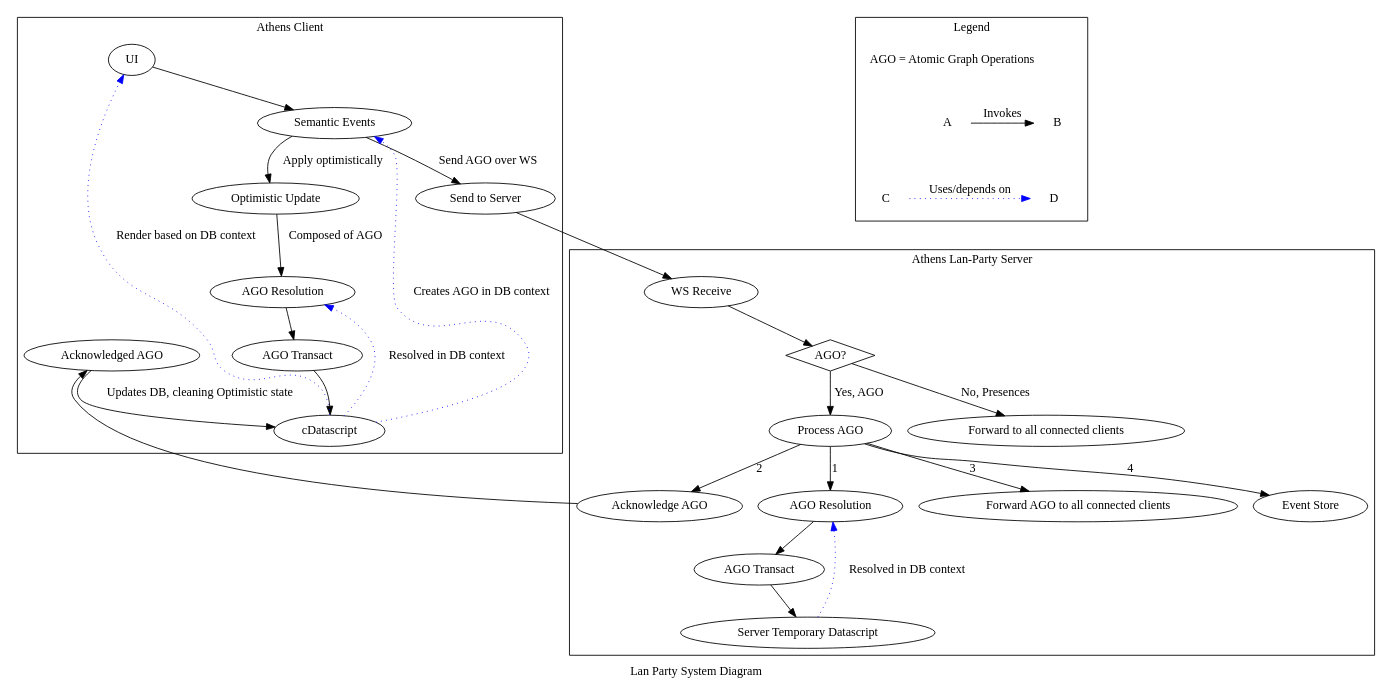
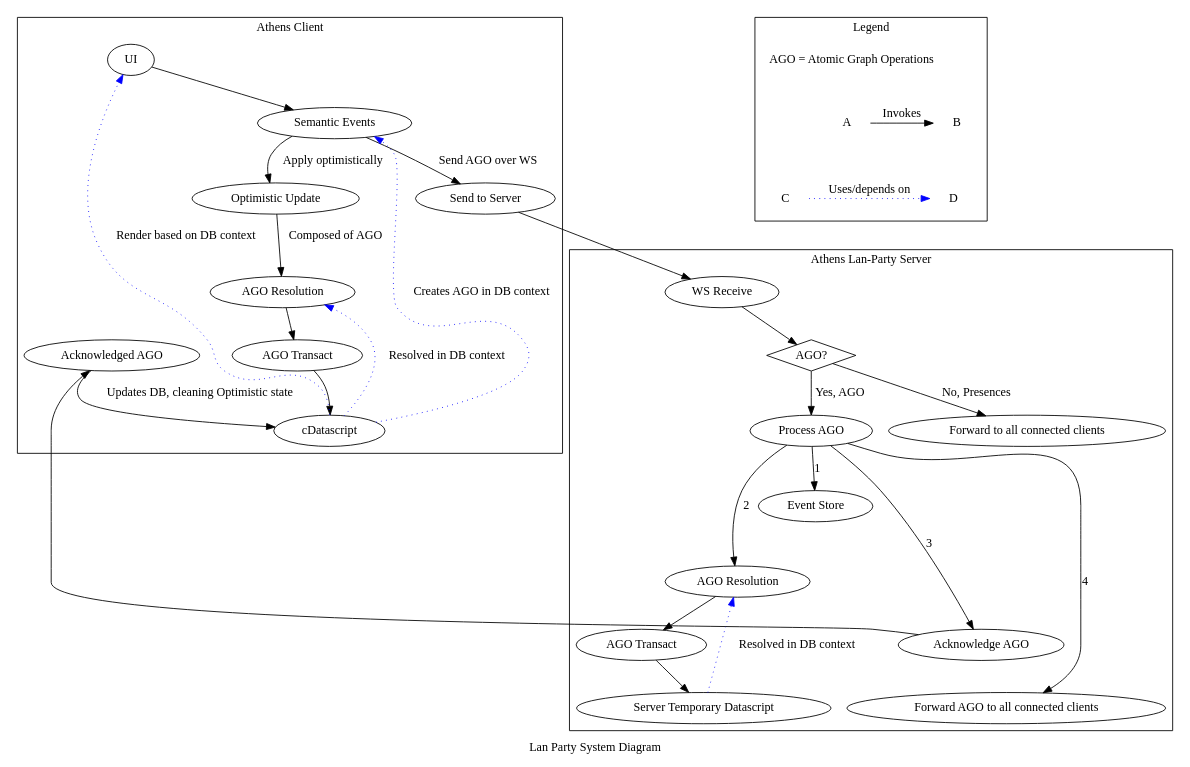
Before and after one commit to athensresearch/athens: the diagram in doc/adr/0017-system-design-lan-party.dot, drawn with Graphviz. The commit also changed 1 other file, not shown here.

```diff
--- a/doc/adr/0017-system-design-lan-party.dot
+++ b/doc/adr/0017-system-design-lan-party.dot
@@ -1,77 +1,79 @@
 digraph system_diagram {
     label="Lan Party System Diagram";
 
     subgraph cluster_client {
         label="Athens Client";
 
         UI;
         cSE [label="Semantic Events";];
         "Optimistic Update";
         cResolution [label="AGO Resolution"];
         cTransact [label="AGO Transact"];
         cDatascript;
         SendIt [label="Send to Server"];
         cAck [label="Acknowledged AGO";];
 
         UI -> cSE;
         cSE -> "Optimistic Update" [label="Apply optimistically";];
         cSE -> SendIt [label="Send AGO over WS";];
         "Optimistic Update" -> cResolution [label="Composed of AGO";];
         cResolution -> cTransact;
         cTransact -> cDatascript;
 
         cAck -> cDatascript [label="Updates DB, cleaning Optimistic state";];
         cDatascript -> UI [style=dotted; label="Render based on DB context"; color=blue];
         cDatascript -> cResolution [style=dotted; label="Resolved in DB context"; color=blue];
         cDatascript -> cSE [style=dotted; label="Creates AGO in DB context"; color=blue];
     }
 
     subgraph cluster_server {
         label="Athens Lan-Party Server";
 
         wsReceive [label="WS Receive";];
         isAGO [shape=diamond; label="AGO?";];
         sAGO [label="Process AGO";];
         sResolution [label="AGO Resolution";];
         sTransact [label="AGO Transact";];
         sDatascript [label="Server Temporary Datascript";];
         sAck [label="Acknowledge AGO";];
         sPresence [label="Forward to all connected clients";];
         sForward [label="Forward AGO to all connected clients";];
         sEventStore [label="Event Store";];
         
         wsReceive -> isAGO;
         isAGO -> sAGO [label="Yes, AGO";];
-        sAGO -> sResolution [label="1";];
-        sAGO -> sAck [label="2";];
-        sAGO -> sForward [label="3";];
-        sAGO -> sEventStore [label="4";];
+        sAGO -> sEventStore [label="1";];
+        sAGO -> sResolution [label="2";];
+        sAGO -> sAck [label="3";];
+        sAGO -> sForward [label="4";];
         sResolution -> sTransact;
         sTransact -> sDatascript;
 
         sDatascript -> sResolution [style=dotted; label="Resolved in DB context"; color=blue];
 
         isAGO -> sPresence [label="No, Presences";];
+
+        sEventStore -> sResolution -> sAck -> sForward [style=invis;];
     }
 
     SendIt -> wsReceive;
     sAck -> cAck;
     
     subgraph cluster_legend {
         
         label="Legend";
 
         AGO [label=<AGO = Atomic Graph Operations>; shape=plaintext]
         A [shape=plaintext];
         B [shape=plaintext];
         C [shape=plaintext];
         D [shape=plaintext];
 
         { rank=same AGO }
         { rank=same A B }
         { rank=same C D }
         A->B [label="Invokes"];
         C->D [style=dotted; color=blue; label="Uses/depends on"]
         AGO -> A -> D [style=invis]
     }
 }
```
